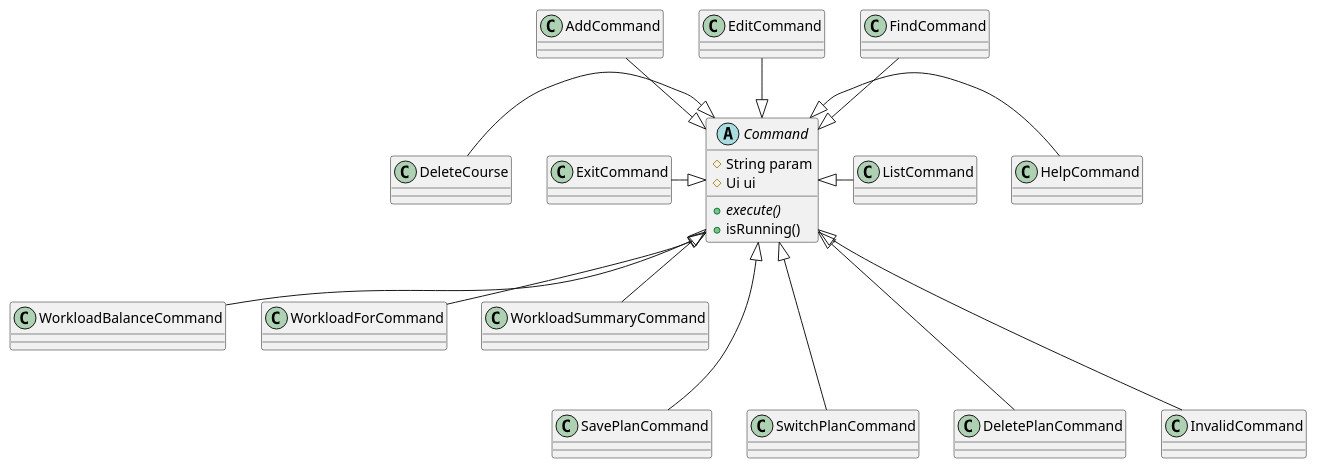
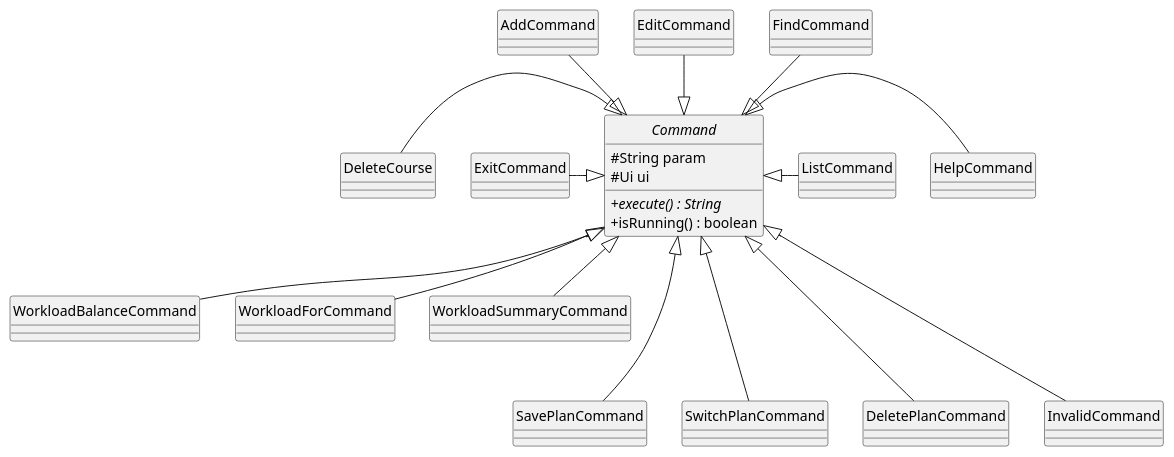
Before and after one commit to SahejAgarwal05/tp: the diagram in docs/CommandClassDiagram.puml, drawn with PlantUML. The commit also changed 4 other files, not shown here.

Commit message:
Fix UML standard violations

```diff
--- a/docs/CommandClassDiagram.puml
+++ b/docs/CommandClassDiagram.puml
@@ -1,26 +1,28 @@
 @startuml
 'https://plantuml.com/class-diagram
+hide circle
+skinparam classAttributeIconSize 0
 
 abstract class Command {
 # String param
 # Ui ui
-+ {abstract} execute()
-+ isRunning()
++ {abstract} execute() : String
++ isRunning() : boolean
 }
 
 AddCommand --|> Command
 EditCommand --|> Command
 FindCommand --|> Command
 Command <|- HelpCommand
 Command <|- ListCommand
 Command <|-- WorkloadBalanceCommand
 Command <|-- WorkloadForCommand
 Command <|-- WorkloadSummaryCommand
 DeleteCourse -|> Command
 ExitCommand -|> Command
 Command <|--- SavePlanCommand
 Command <|--- SwitchPlanCommand
 Command <|--- DeletePlanCommand
 Command <|--- InvalidCommand
 
 @enduml
```
